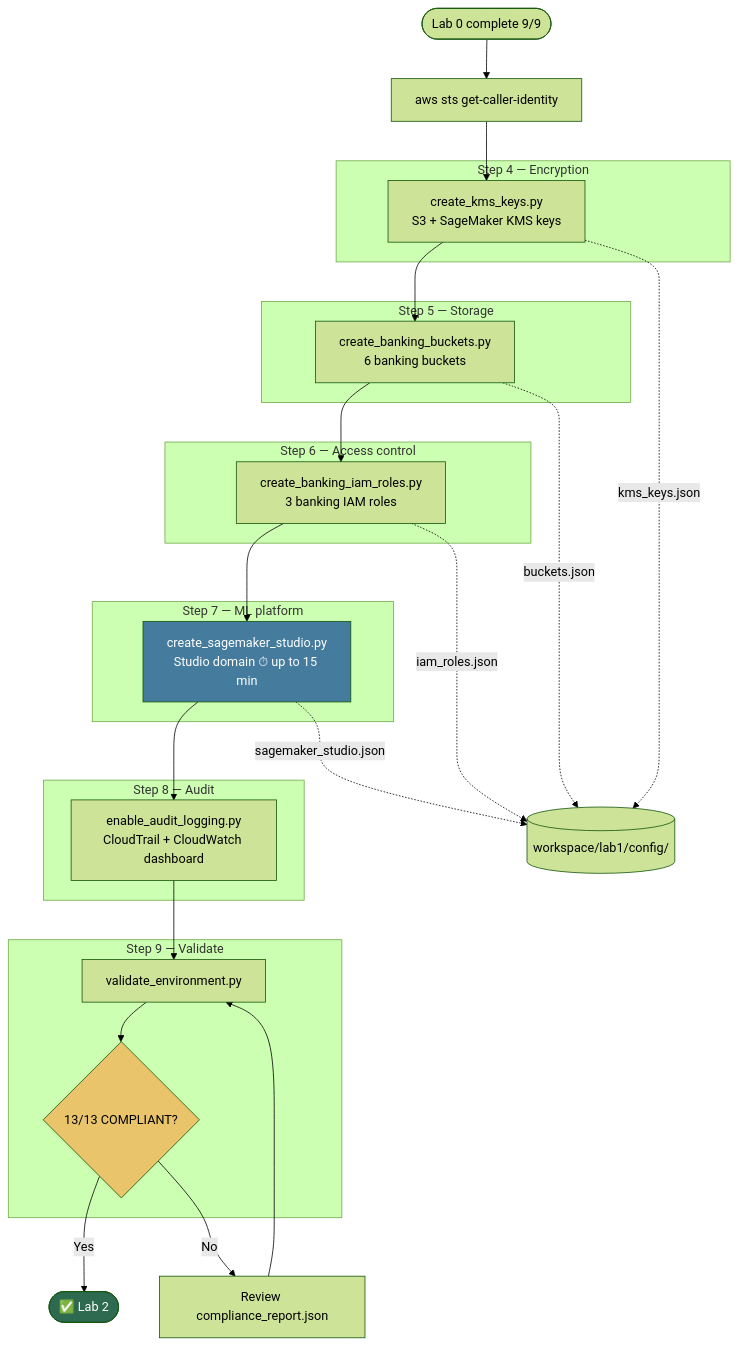
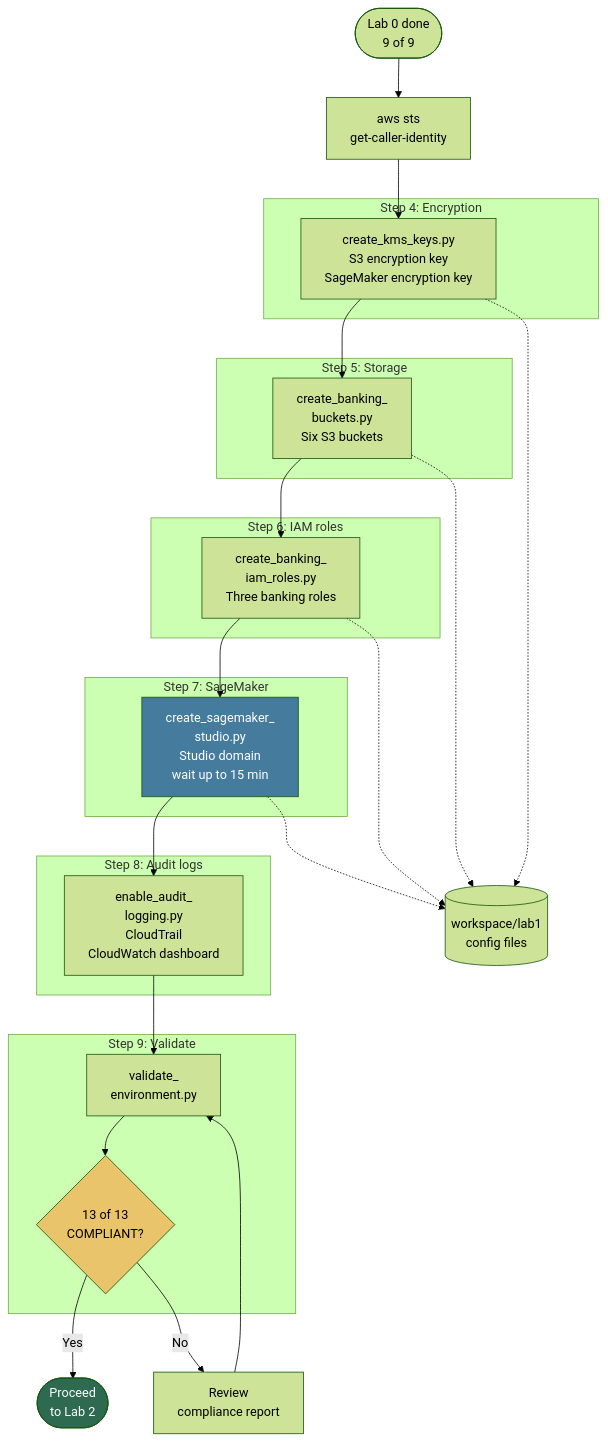
One commit to Innovation-In-Software/ai-infra-mlops changed the diagram in lab1/README.md. Above: the diagram before and after it, drawn with Mermaid (forest theme). The commit also changed 10 other files, not shown here.

Commit message:
Fix lab flowcharts: multiline quoted labels to prevent text truncation.

````diff
--- a/lab1/README.md
+++ b/lab1/README.md
@@ -45,43 +45,43 @@
 ```mermaid
 flowchart TB
-    START([Lab 0 complete 9/9]) --> ID[aws sts get-caller-identity]
+    START(["Lab 0 done<br/>9 of 9"]) --> ID["aws sts<br/>get-caller-identity"]
 
-    subgraph Encrypt["Step 4 — Encryption"]
-        KMS[create_kms_keys.py<br/>S3 + SageMaker KMS keys]
+    subgraph Encrypt["Step 4: Encryption"]
+        KMS["create_kms_keys.py<br/>S3 encryption key<br/>SageMaker encryption key"]
     end
 
-    subgraph Storage["Step 5 — Storage"]
-        S3[create_banking_buckets.py<br/>6 banking buckets]
+    subgraph Storage["Step 5: Storage"]
+        S3["create_banking_<br/>buckets.py<br/>Six S3 buckets"]
     end
 
-    subgraph Access["Step 6 — Access control"]
-        IAM[create_banking_iam_roles.py<br/>3 banking IAM roles]
+    subgraph Access["Step 6: IAM roles"]
+        IAM["create_banking_<br/>iam_roles.py<br/>Three banking roles"]
     end
 
-    subgraph MLPlatform["Step 7 — ML platform"]
-        SM[create_sagemaker_studio.py<br/>Studio domain ⏱ up to 15 min]
+    subgraph MLPlatform["Step 7: SageMaker"]
+        SM["create_sagemaker_<br/>studio.py<br/>Studio domain<br/>wait up to 15 min"]
     end
 
-    subgraph Audit["Step 8 — Audit"]
-        CT[enable_audit_logging.py<br/>CloudTrail + CloudWatch dashboard]
+    subgraph Audit["Step 8: Audit logs"]
+        CT["enable_audit_<br/>logging.py<br/>CloudTrail<br/>CloudWatch dashboard"]
     end
 
-    subgraph Validate["Step 9 — Validate"]
-        VAL[validate_environment.py]
-        GATE{13/13 COMPLIANT?}
+    subgraph Validate["Step 9: Validate"]
+        VAL["validate_<br/>environment.py"]
+        GATE{"13 of 13<br/>COMPLIANT?"}
     end
 
     ID --> KMS --> S3 --> IAM --> SM --> CT --> VAL --> GATE
-    GATE -->|Yes| OK([✅ Lab 2])
-    GATE -->|No| FIX[Review compliance_report.json]
+    GATE -->|Yes| OK(["Proceed<br/>to Lab 2"])
+    GATE -->|No| FIX["Review<br/>compliance report"]
     FIX --> VAL
 
-    KMS -.->|kms_keys.json| WS[(workspace/lab1/config/)]
-    S3 -.->|buckets.json| WS
-    IAM -.->|iam_roles.json| WS
-    SM -.->|sagemaker_studio.json| WS
+    KMS -.-> WS[("workspace/lab1<br/>config files")]
+    S3 -.-> WS
+    IAM -.-> WS
+    SM -.-> WS
 
     style OK fill:#2d6a4f,color:#fff
     style SM fill:#457b9d,color:#fff
     style GATE fill:#e9c46a,color:#000
 ```
````
